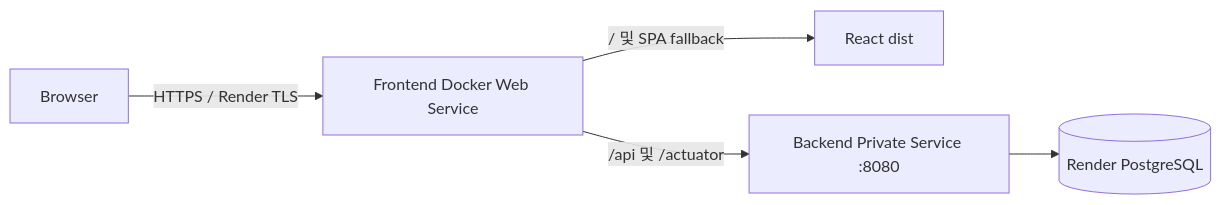
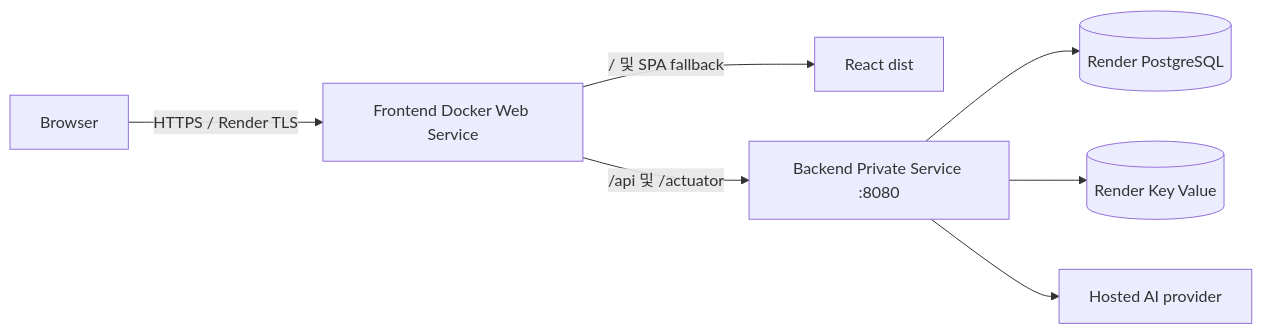
One commit to wlrjs1300-coder/CalTalkApp changed the diagram in docs/portfolio/RENDER_DEPLOYMENT.md. Above: the diagram before and after it, drawn with Mermaid. The commit also changed other lines of this file and 147 other files, not shown here.

````diff
--- a/docs/portfolio/RENDER_DEPLOYMENT.md
+++ b/docs/portfolio/RENDER_DEPLOYMENT.md
@@ -7,7 +7,9 @@
 ```mermaid
 flowchart LR
     B[Browser] -->|HTTPS / Render TLS| F[Frontend Docker Web Service]
     F -->|/ 및 SPA fallback| SPA[React dist]
     F -->|/api 및 /actuator| A[Backend Private Service :8080]
     A --> DB[(Render PostgreSQL)]
+    A --> KV[(Render Key Value)]
+    A --> AI[Hosted AI provider]
 ```
````
